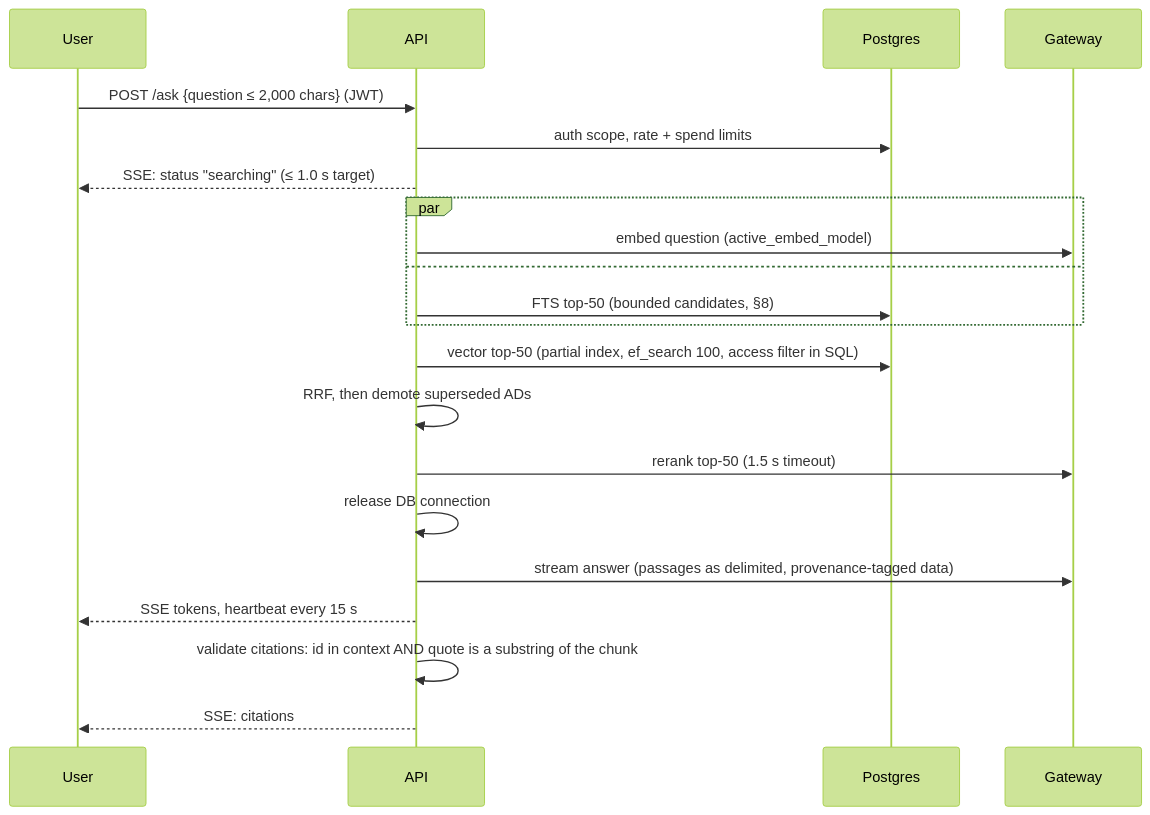
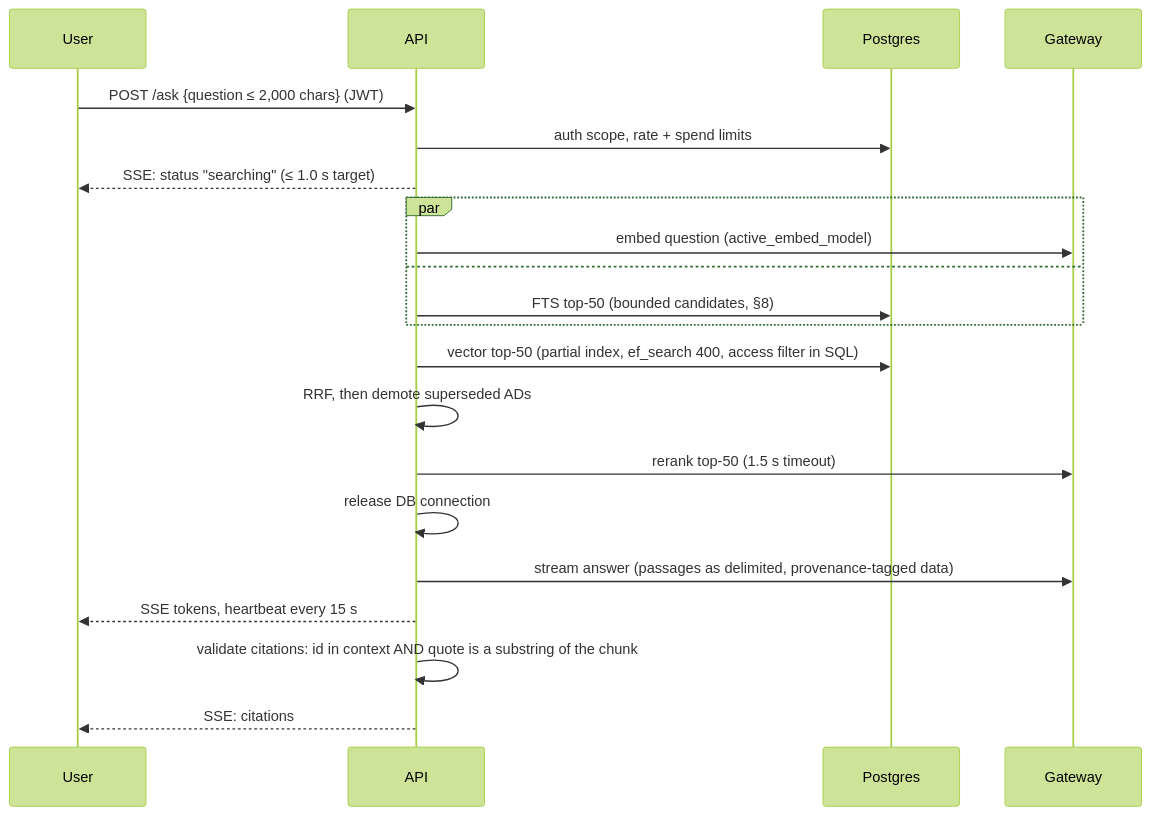
One commit to baddy1411/maintenance-copilot changed the second of 4 diagrams in docs/DESIGN.md. Above: the diagram before and after it, drawn with Mermaid (forest theme). The commit also changed other lines of this file and 12 other files, not shown here.

````diff
--- a/docs/DESIGN.md
+++ b/docs/DESIGN.md
@@ -150,23 +150,23 @@
 ```mermaid
 sequenceDiagram
     participant U as User
     participant A as API
     participant R as Postgres
     participant L as Gateway
     U->>A: POST /ask {question ≤ 2,000 chars} (JWT)
     A->>R: auth scope, rate + spend limits
     A-->>U: SSE: status "searching" (≤ 1.0 s target)
     par
         A->>L: embed question (active_embed_model)
     and
         A->>R: FTS top-50 (bounded candidates, §8)
     end
-    A->>R: vector top-50 (partial index, ef_search 100, access filter in SQL)
+    A->>R: vector top-50 (partial index, ef_search 400, access filter in SQL)
     A->>A: RRF, then demote superseded ADs
     A->>L: rerank top-50 (1.5 s timeout)
     A->>A: release DB connection
     A->>L: stream answer (passages as delimited, provenance-tagged data)
     A-->>U: SSE tokens, heartbeat every 15 s
     A->>A: validate citations: id in context AND quote is a substring of the chunk
     A-->>U: SSE: citations
 ```
````
